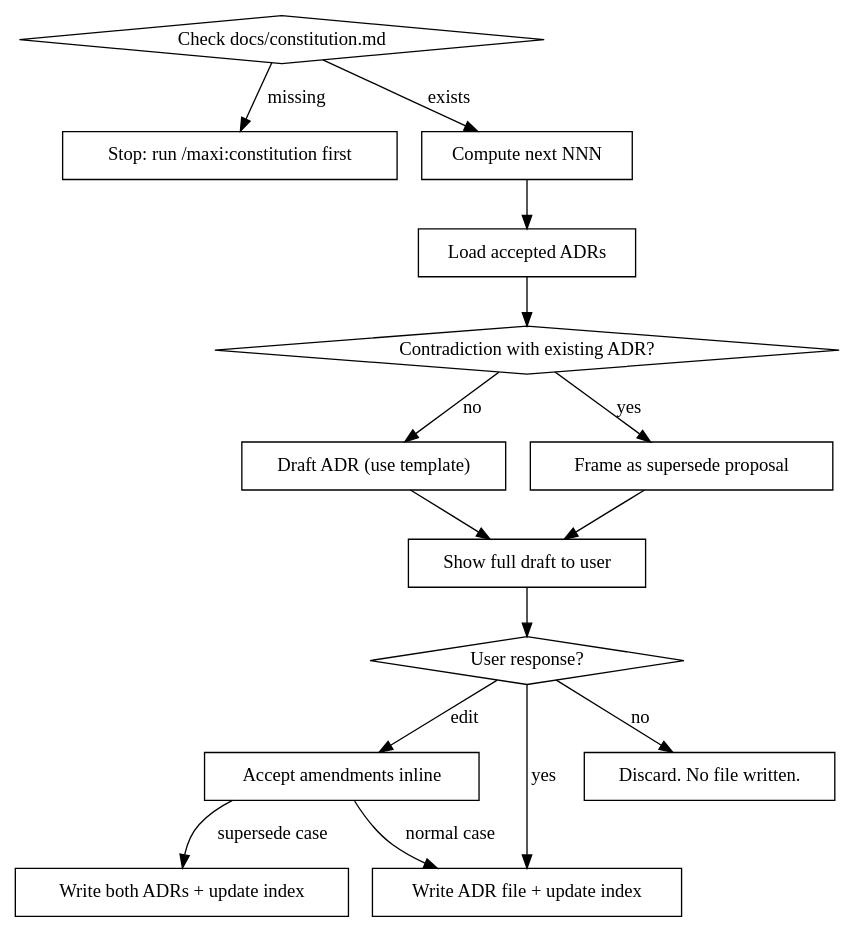
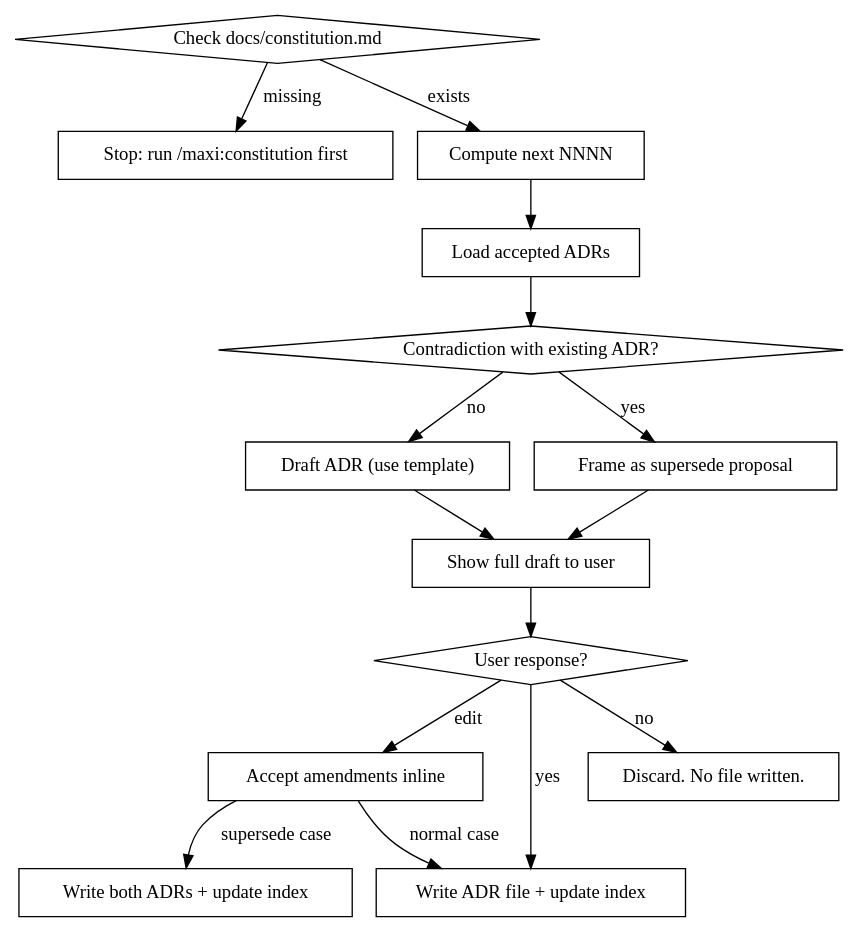
Before and after one commit to amoutiers/maxi-superpowers: the diagram in skills/adr/SKILL.md, drawn with Graphviz. The commit also changed other lines of this file and 17 other files, not shown here.

````diff
--- a/skills/adr/SKILL.md
+++ b/skills/adr/SKILL.md
@@ -35,32 +35,32 @@
 ```dot
 digraph adr_process {
     "Check docs/constitution.md" [shape=diamond];
     "Stop: run /maxi:constitution first" [shape=box];
-    "Compute next NNN" [shape=box];
+    "Compute next NNNN" [shape=box];
     "Load accepted ADRs" [shape=box];
     "Contradiction with existing ADR?" [shape=diamond];
     "Draft ADR (use template)" [shape=box];
     "Frame as supersede proposal" [shape=box];
     "Show full draft to user" [shape=box];
     "User response?" [shape=diamond];
     "Accept amendments inline" [shape=box];
     "Write ADR file + update index" [shape=box];
     "Write both ADRs + update index" [shape=box];
     "Discard. No file written." [shape=box];
 
     "Check docs/constitution.md" -> "Stop: run /maxi:constitution first" [label="missing"];
-    "Check docs/constitution.md" -> "Compute next NNN" [label="exists"];
-    "Compute next NNN" -> "Load accepted ADRs";
+    "Check docs/constitution.md" -> "Compute next NNNN" [label="exists"];
+    "Compute next NNNN" -> "Load accepted ADRs";
     "Load accepted ADRs" -> "Contradiction with existing ADR?" ;
     "Contradiction with existing ADR?" -> "Frame as supersede proposal" [label="yes"];
     "Contradiction with existing ADR?" -> "Draft ADR (use template)" [label="no"];
     "Frame as supersede proposal" -> "Show full draft to user";
     "Draft ADR (use template)" -> "Show full draft to user";
     "Show full draft to user" -> "User response?";
     "User response?" -> "Write ADR file + update index" [label="yes"];
     "User response?" -> "Accept amendments inline" [label="edit"];
     "User response?" -> "Discard. No file written." [label="no"];
     "Accept amendments inline" -> "Write both ADRs + update index" [label="supersede case"];
     "Accept amendments inline" -> "Write ADR file + update index" [label="normal case"];
 }
 ```
````
